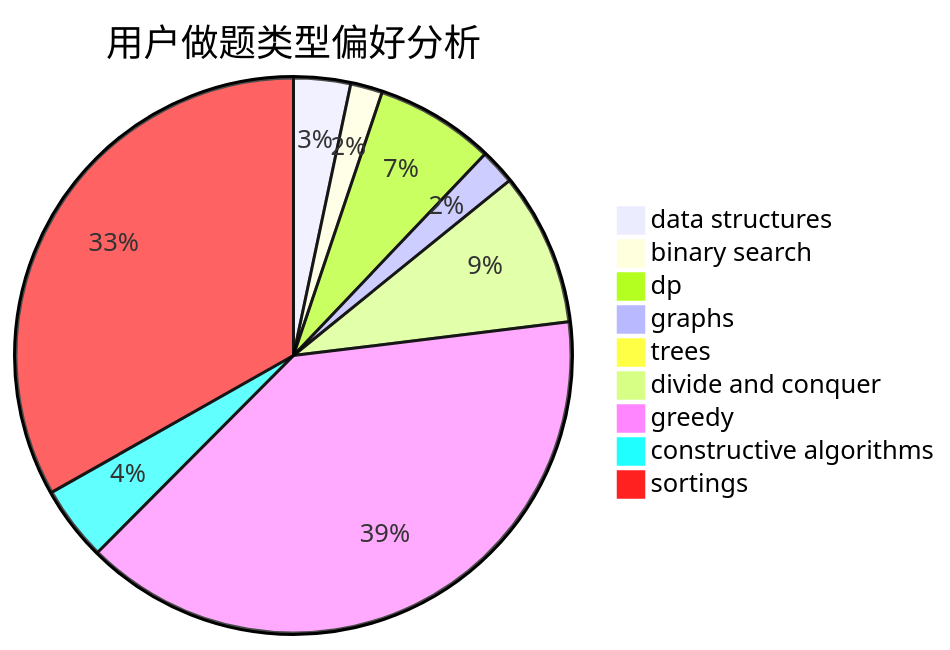
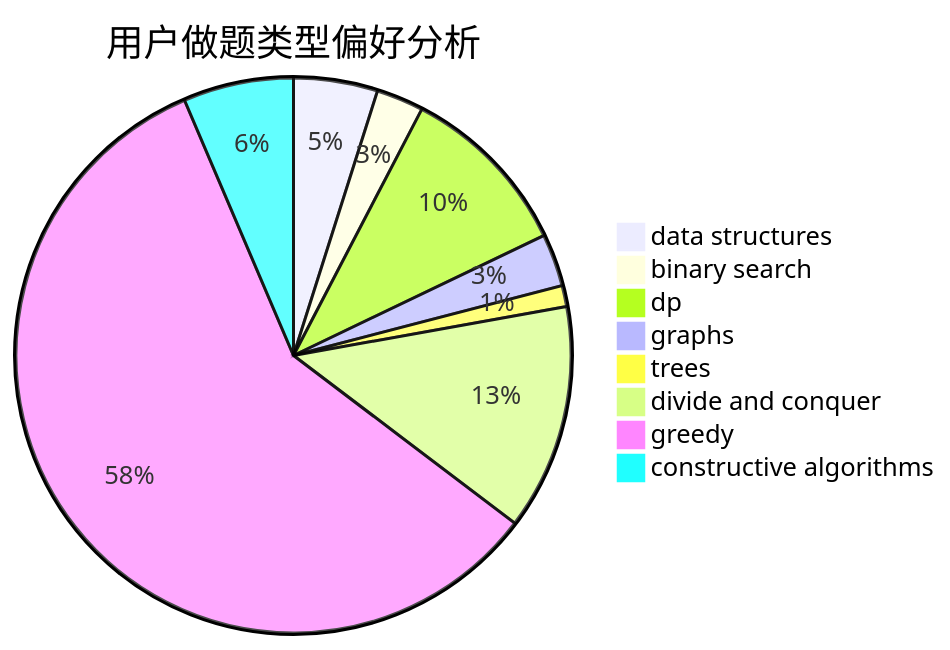
The second of 3 diagrams in docs/user/u941.md (sherpahu/cfrs.github.io), drawn with Mermaid before and after one commit. The commit also changed other lines of this file and 2769 other files, not shown here.

````diff
--- a/docs/user/u941.md
+++ b/docs/user/u941.md
@@ -18,12 +18,11 @@
 ```mermaid
 pie title 用户做题类型偏好分析
     "data structures" :  32
     "binary search" :  18
     "dp" :  67
     "graphs" :  20
     "trees" :  8
     "divide and conquer" :  86
     "greedy" :  381
     "constructive algorithms" :  42
-    "sortings" :  321
 ```
````
